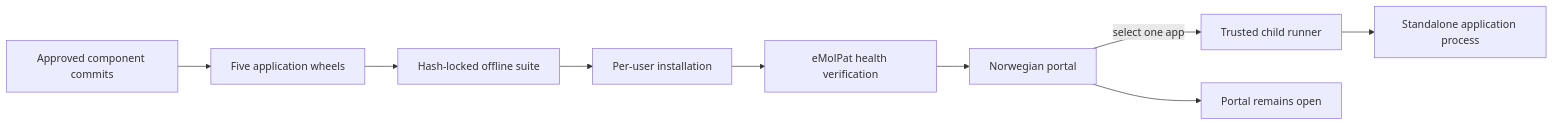
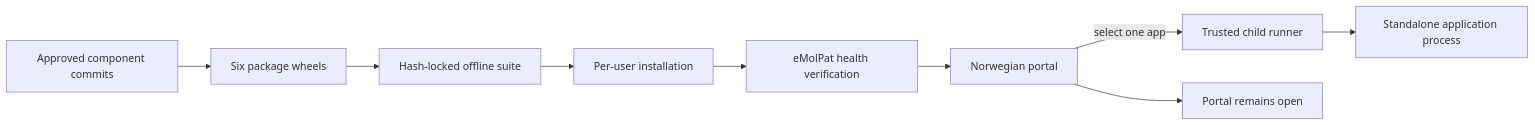
The diagram in README.md (Christian-Bjornstad/eMolPat), drawn with Mermaid before and after one commit. The commit also changed other lines of this file and 4 other files, not shown here.

````diff
--- a/README.md
+++ b/README.md
@@ -76,11 +77,11 @@
 ```mermaid
 flowchart LR
-    A["Approved component commits"] --> B["Five application wheels"]
+    A["Approved component commits"] --> B["Six package wheels"]
     B --> C["Hash-locked offline suite"]
     C --> D["Per-user installation"]
     D --> E["eMolPat health verification"]
     E --> F["Norwegian portal"]
     F -->|select one app| G["Trusted child runner"]
     G --> H["Standalone application process"]
     F --> I["Portal remains open"]
 ```
````
